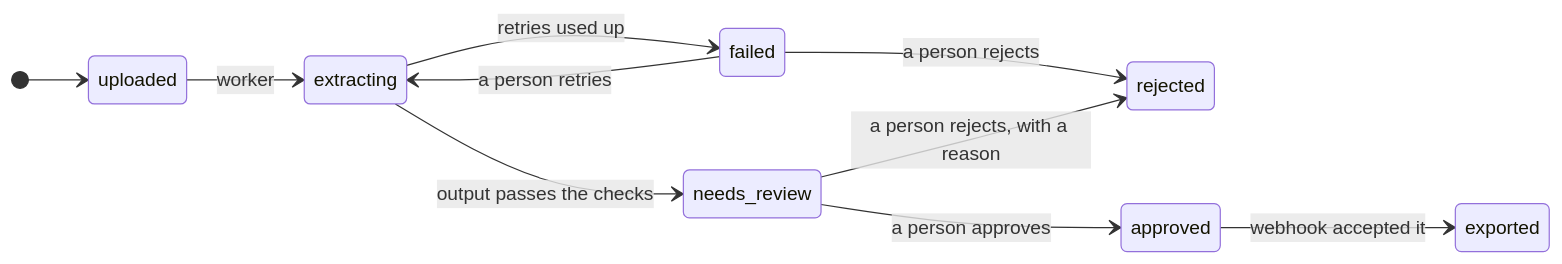
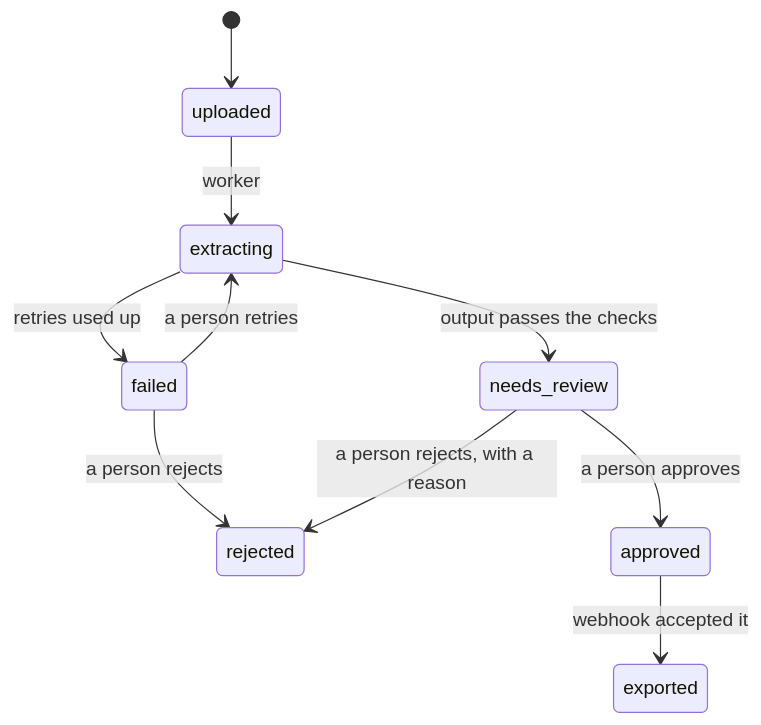
One commit to maideps/ai-invoice-intake changed the second of 2 diagrams in README.md. Above: the diagram before and after it, drawn with Mermaid.

Commit message:
docs(feat-012): draw the lifecycle diagram top to bottom
Left to right, its seven states shrank the labels to an unreadable size
at README width.

````diff
--- a/README.md
+++ b/README.md
@@ -61,13 +61,12 @@
 ```mermaid
 stateDiagram-v2
-  direction LR
   [*] --> uploaded
   uploaded --> extracting: worker
   extracting --> needs_review: output passes the checks
   extracting --> failed: retries used up
   failed --> extracting: a person retries
   failed --> rejected: a person rejects
   needs_review --> approved: a person approves
   needs_review --> rejected: a person rejects, with a reason
   approved --> exported: webhook accepted it
 ```
````
